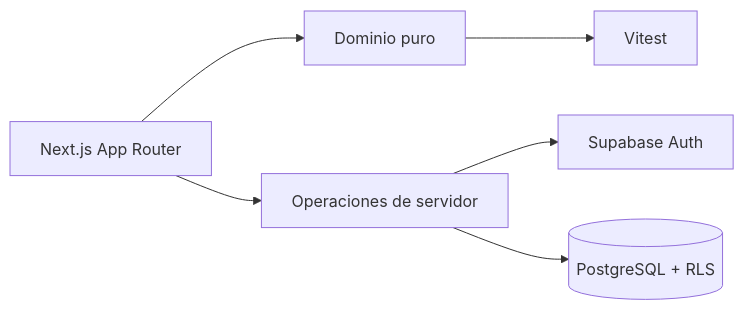
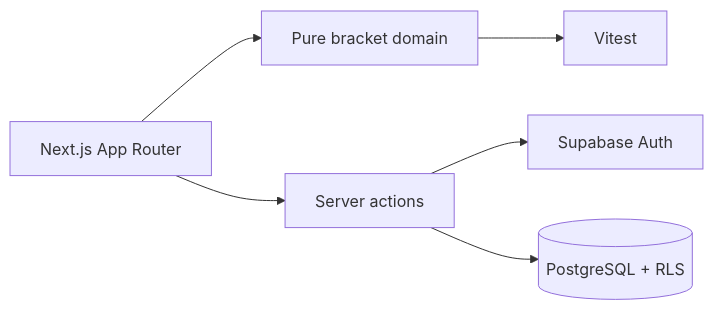
The diagram in README.md (Yisuskr/bracketforge), drawn with Mermaid before and after one commit. The commit also changed other lines of this file and 25 other files, not shown here.

````diff
--- a/README.md
+++ b/README.md
@@ -43,8 +97,8 @@
 ```mermaid
 flowchart LR
-  UI[Next.js App Router] --> Domain[Dominio puro]
-  UI --> Server[Operaciones de servidor]
+  UI[Next.js App Router] --> Domain[Pure bracket domain]
+  UI --> Server[Server actions]
   Server --> Auth[Supabase Auth]
   Server --> DB[(PostgreSQL + RLS)]
   Domain --> Tests[Vitest]
 ```
````
